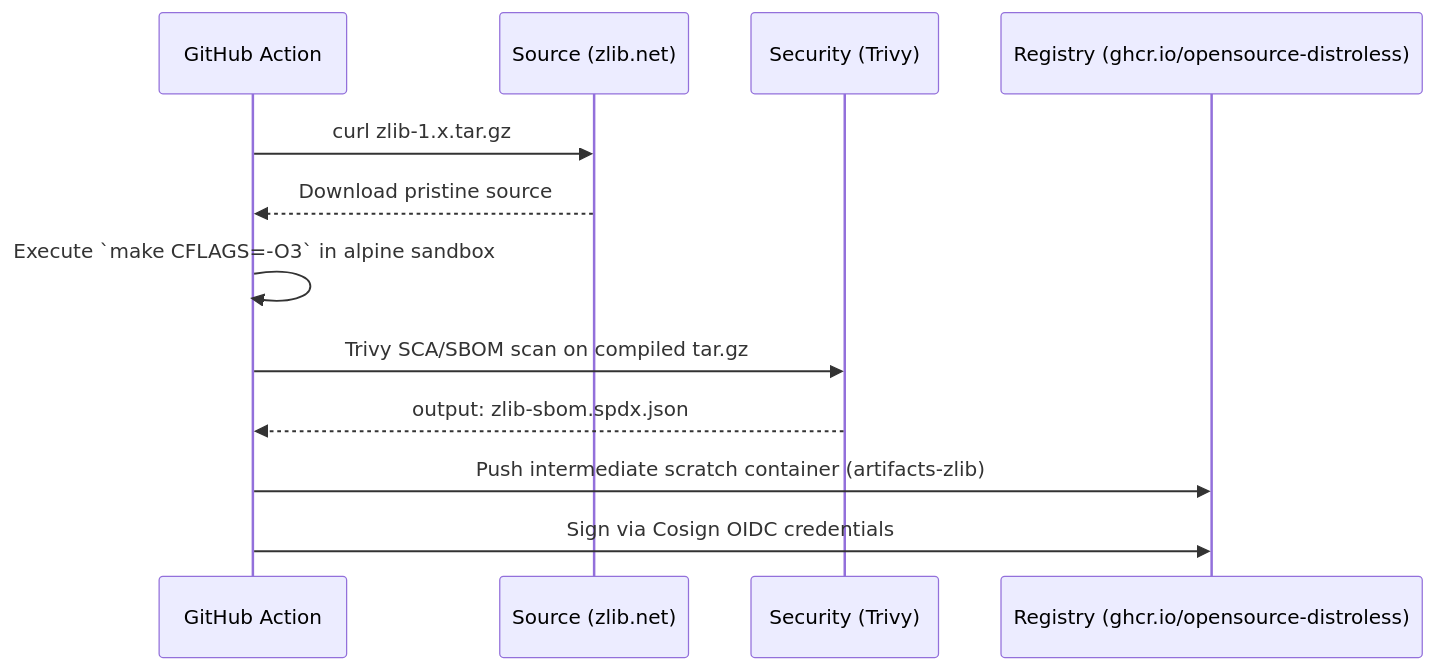
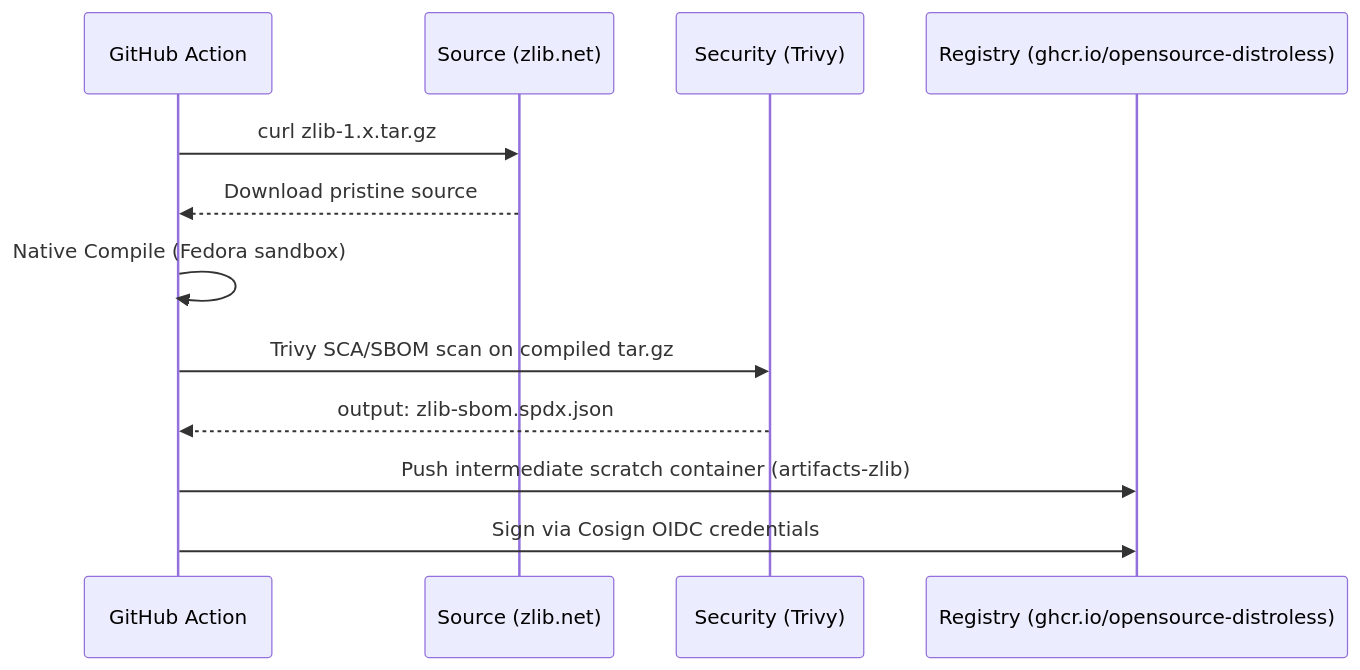
One commit to mbuccarello/distroless-the-hard-way changed the diagram in docs/mermaid/build-zlib.mmd. Above: the diagram before and after it, drawn with Mermaid. The commit also changed 22 other files, not shown here.

```diff
--- a/docs/mermaid/build-zlib.mmd
+++ b/docs/mermaid/build-zlib.mmd
@@ -1,16 +1,16 @@
 sequenceDiagram
     participant GH as GitHub Action
     participant S as Source (zlib.net)
     participant Sec as Security (Trivy)
     participant R as Registry (ghcr.io/opensource-distroless)
     
     GH->>S: curl zlib-1.x.tar.gz
     S-->>GH: Download pristine source
     
-    GH->>GH: Execute `make CFLAGS=-O3` in alpine sandbox
+    GH->>GH: Native Compile (Fedora sandbox)
     
     GH->>Sec: Trivy SCA/SBOM scan on compiled tar.gz
     Sec-->>GH: output: zlib-sbom.spdx.json
     
     GH->>R: Push intermediate scratch container (artifacts-zlib)
     GH->>R: Sign via Cosign OIDC credentials
```
